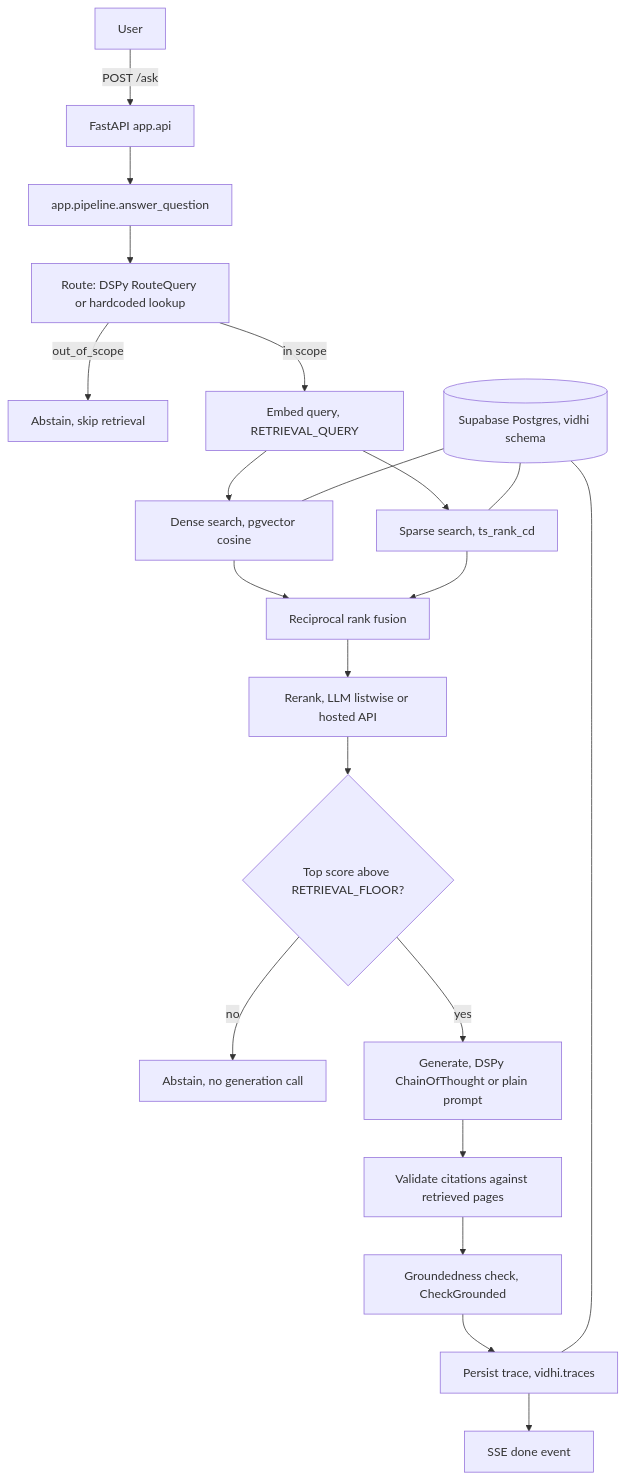
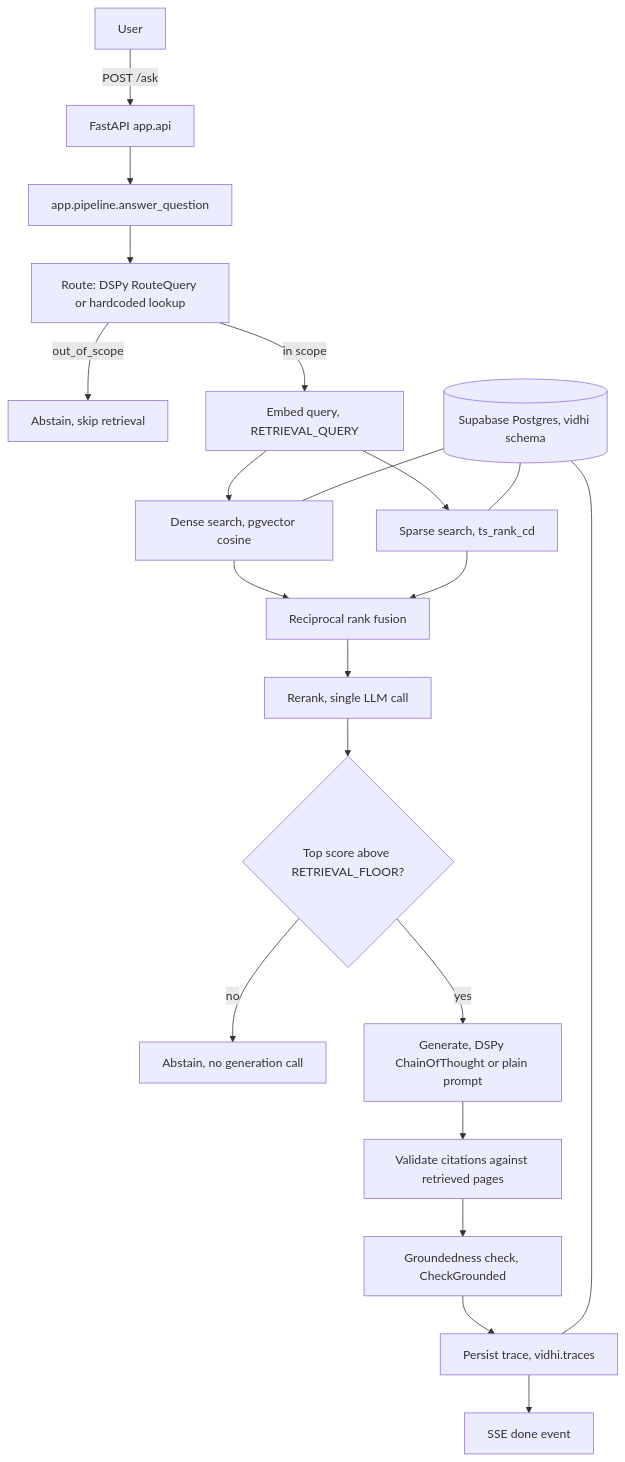
Before and after one commit to siddharth-789/vidhi: the diagram in README.md, drawn with Mermaid. The commit also changed other lines of this file and 32 other files, not shown here.

````diff
--- a/README.md
+++ b/README.md
@@ -13,23 +43,23 @@
 ```mermaid
 flowchart TD
     U[User] -->|POST /ask| API[FastAPI app.api]
     API --> PIPE[app.pipeline.answer_question]
     PIPE --> ROUTE[Route: DSPy RouteQuery or hardcoded lookup]
     ROUTE -->|out_of_scope| ABSTAIN1[Abstain, skip retrieval]
     ROUTE -->|in scope| EMBED[Embed query, RETRIEVAL_QUERY]
     EMBED --> DENSE[Dense search, pgvector cosine]
     EMBED --> SPARSE[Sparse search, ts_rank_cd]
     DENSE --> FUSE[Reciprocal rank fusion]
     SPARSE --> FUSE
-    FUSE --> RERANK[Rerank, LLM listwise or hosted API]
+    FUSE --> RERANK[Rerank, single LLM call]
     RERANK --> FLOOR{Top score above RETRIEVAL_FLOOR?}
     FLOOR -->|no| ABSTAIN2[Abstain, no generation call]
     FLOOR -->|yes| GEN[Generate, DSPy ChainOfThought or plain prompt]
     GEN --> CITE[Validate citations against retrieved pages]
     CITE --> GROUND[Groundedness check, CheckGrounded]
     GROUND --> TRACE[Persist trace, vidhi.traces]
     TRACE --> DONE[SSE done event]
     DB[(Supabase Postgres, vidhi schema)] --- DENSE
     DB --- SPARSE
     DB --- TRACE
 ```
````
